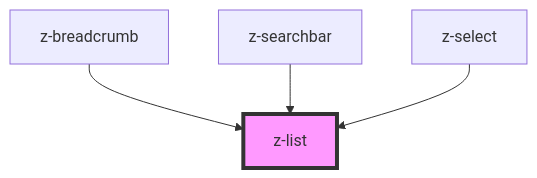
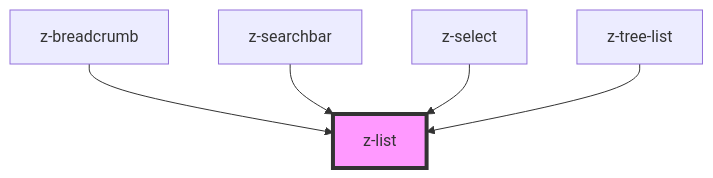
One commit to ZanichelliEditore/design-system changed the diagram in src/components/list/z-list/readme.md. Above: the diagram before and after it, drawn with Mermaid. The commit also changed other lines of this file and 3 other files, not shown here.

````diff
--- a/src/components/list/z-list/readme.md
+++ b/src/components/list/z-list/readme.md
@@ -24,7 +25,8 @@
 ```mermaid
 graph TD;
   z-breadcrumb --> z-list
   z-searchbar --> z-list
   z-select --> z-list
+  z-tree-list --> z-list
   style z-list fill:#f9f,stroke:#333,stroke-width:4px
 ```
````
